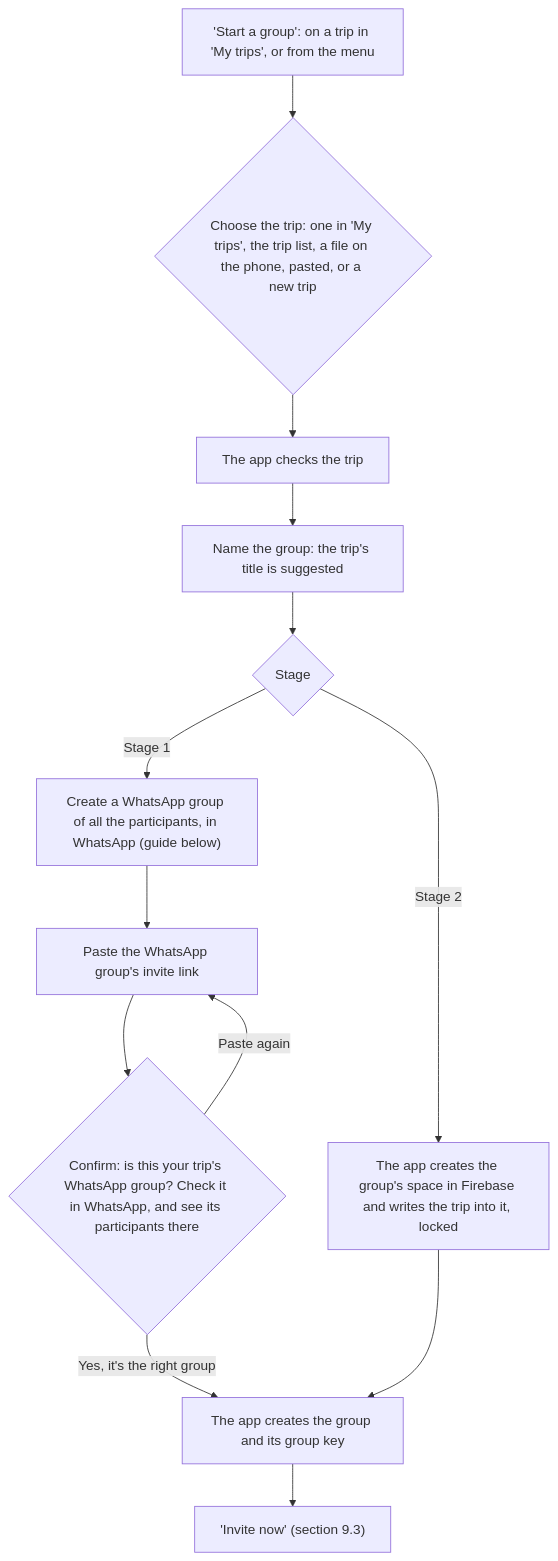
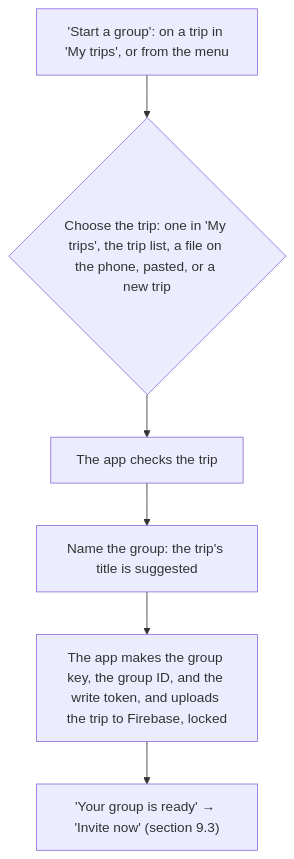
One commit to projects-rs/trip-map changed the first of 3 diagrams in docs/DESIGN.md. Above: the diagram before and after it, drawn with Mermaid. The commit also changed other lines of this file, not shown here.

First line of the commit message:
Design: group trips through Firebase only; discard the WhatsApp stage

````diff
--- a/docs/DESIGN.md
+++ b/docs/DESIGN.md
@@ -908,15 +893,8 @@
 ```mermaid
 flowchart TD
     A0["'Start a group': on a trip in 'My trips', or from the menu"] --> A{"Choose the trip: one in 'My trips', the trip list, a file on the phone, pasted, or a new trip"}
     A --> CK["The app checks the trip"]
     CK --> B["Name the group: the trip's title is suggested"]
-    B --> S{"Stage"}
-    S -->|"Stage 1"| W1["Create a WhatsApp group of all the participants, in WhatsApp (guide below)"]
-    W1 --> W2["Paste the WhatsApp group's invite link"]
-    W2 --> W3{"Confirm: is this your trip's WhatsApp group? Check it in WhatsApp, and see its participants there"}
-    W3 -->|"Paste again"| W2
-    W3 -->|"Yes, it's the right group"| E["The app creates the group and its group key"]
-    S -->|"Stage 2"| F1["The app creates the group's space in Firebase and writes the trip into it, locked"]
-    F1 --> E
-    E --> F["'Invite now' (section 9.3)"]
+    B --> C["The app makes the group key, the group ID, and the write token, and uploads the trip to Firebase, locked"]
+    C --> D["'Your group is ready' → 'Invite now' (section 9.3)"]
 ```
````
